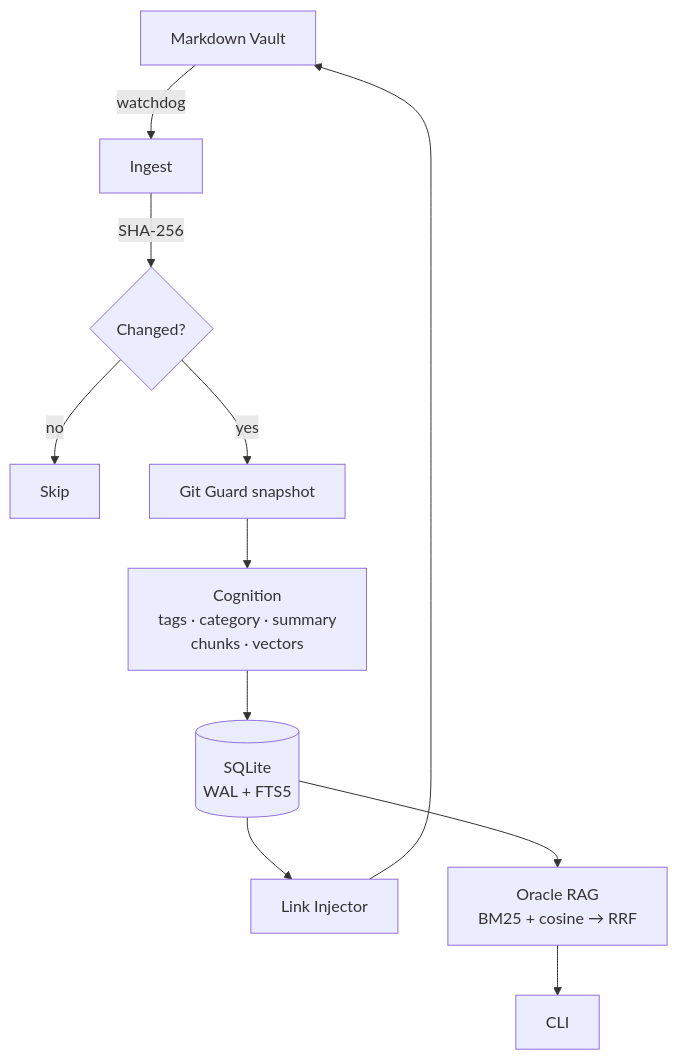
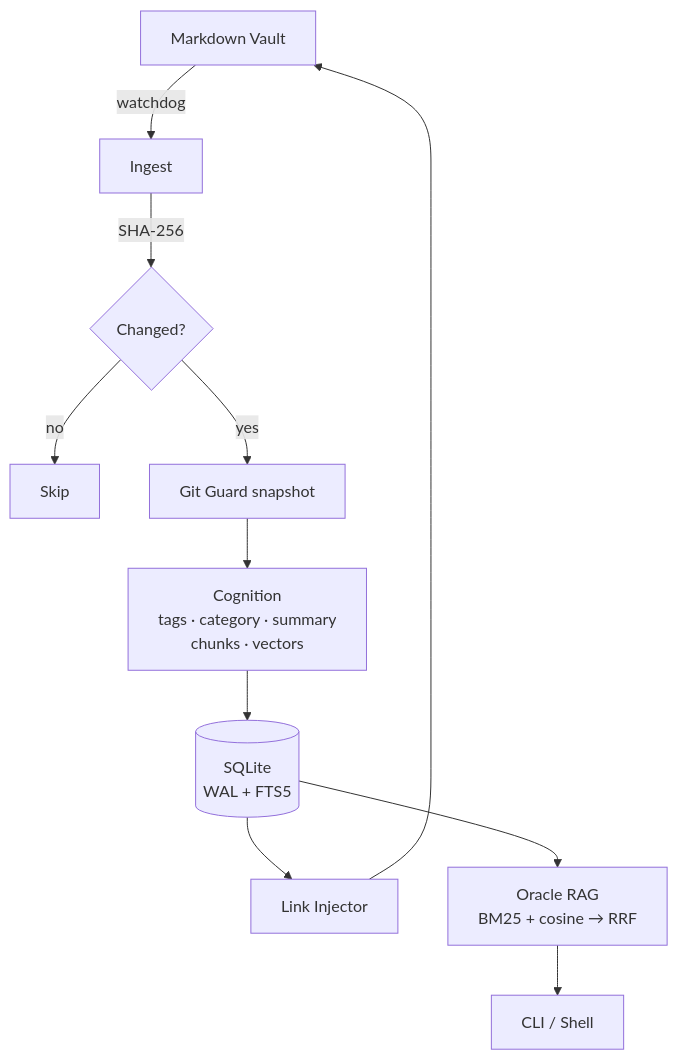
Before and after one commit to kahz12/Grimore-MD: the diagram in README.md, drawn with Mermaid. The commit also changed other lines of this file and 2 other files, not shown here.

````diff
--- a/README.md
+++ b/README.md
@@ -41,13 +50,13 @@
 ```mermaid
 graph TD
     A["Markdown Vault"] -->|watchdog| B["Ingest"]
     B -->|SHA-256| C{"Changed?"}
     C -->|no| Z["Skip"]
     C -->|yes| D["Git Guard snapshot"]
     D --> E["Cognition<br/>tags · category · summary<br/>chunks · vectors"]
     E --> F[("SQLite<br/>WAL + FTS5")]
     F --> G["Link Injector"]
     G --> A
     F --> H["Oracle RAG<br/>BM25 + cosine → RRF"]
-    H --> I["CLI"]
+    H --> I["CLI / Shell"]
 ```
````
